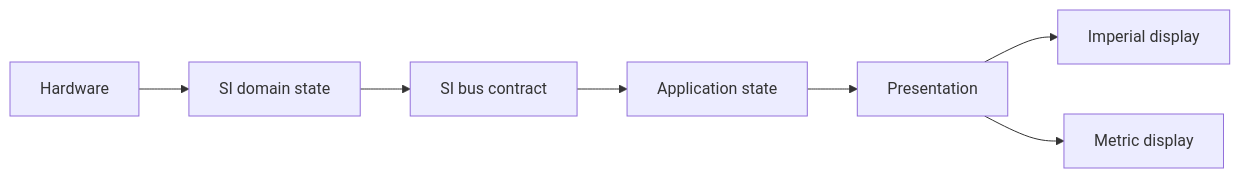
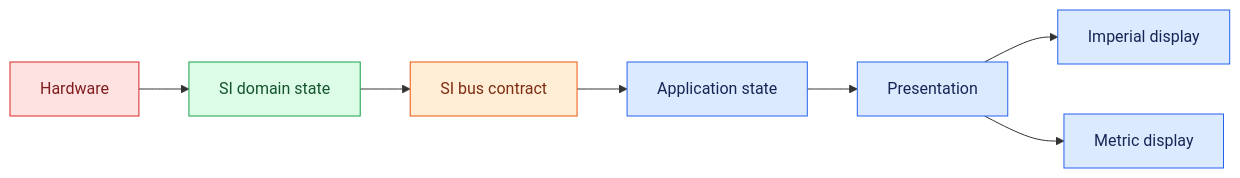
The fifth of 5 diagrams in docs/architecture.md (markisrt4/OpenRoadCode), drawn with Mermaid before and after one commit. The commit also changed other lines of this file, not shown here.

Commit message:
Color Mermaid diagrams by architecture layer

````diff
--- a/docs/architecture.md
+++ b/docs/architecture.md
@@ -106,6 +153,17 @@
 ```mermaid
 flowchart LR
     hardware["Hardware"] --> domain["SI domain state"] --> contract["SI bus contract"] --> app["Application state"] --> presentation["Presentation"]
     presentation --> imperial["Imperial display"]
     presentation --> metric["Metric display"]
+
+    classDef orcApp fill:#dbeafe,stroke:#2563eb,color:#172554;
+    classDef orcService fill:#ede9fe,stroke:#7c3aed,color:#2e1065;
+    classDef orcController fill:#dcfce7,stroke:#16a34a,color:#14532d;
+    classDef orcMessage fill:#ffedd5,stroke:#ea580c,color:#7c2d12;
+    classDef orcAdapter fill:#fee2e2,stroke:#dc2626,color:#7f1d1d;
+    classDef orcExternal fill:#f3f4f6,stroke:#6b7280,color:#1f2937;
+    class hardware orcAdapter;
+    class domain orcController;
+    class contract orcMessage;
+    class app,presentation,imperial,metric orcApp;
 ```
````
